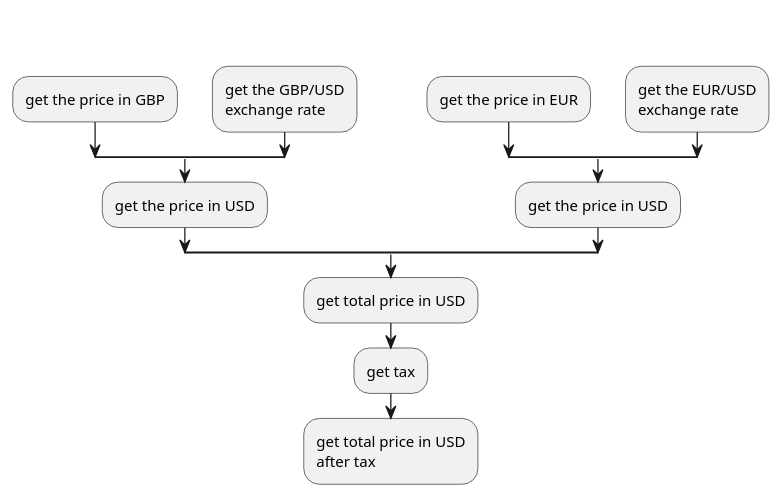
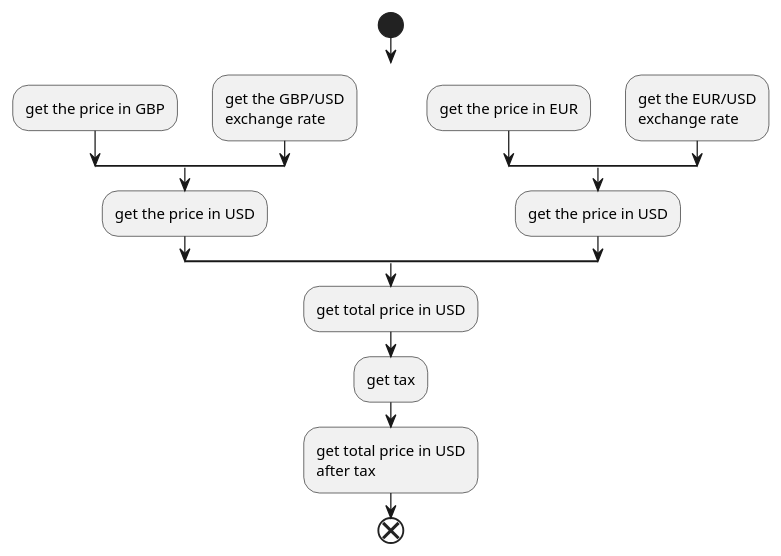
The diagram in images/workflow.puml (ti-cortex-m4/demo-java-completablefuture), drawn with PlantUML before and after one commit.

```diff
--- a/images/workflow.puml
+++ b/images/workflow.puml
@@ -1,30 +1,32 @@
 @startuml
 
+start
 split
    -[hidden]->
 split
    -[hidden]->
    :get the price in GBP;
 split again
    -[hidden]->
    :get the GBP/USD\nexchange rate;
 end split
 :get the price in USD;
 split again
    -[hidden]->
 split
    -[hidden]->
    :get the price in EUR;
 split again
    -[hidden]->
    :get the EUR/USD\nexchange rate;
 end split
 :get the price in USD;
 end split
 :get total price in USD;
 
 :get tax;
 
 :get total price in USD\nafter tax;
+end
 
 @enduml
```
